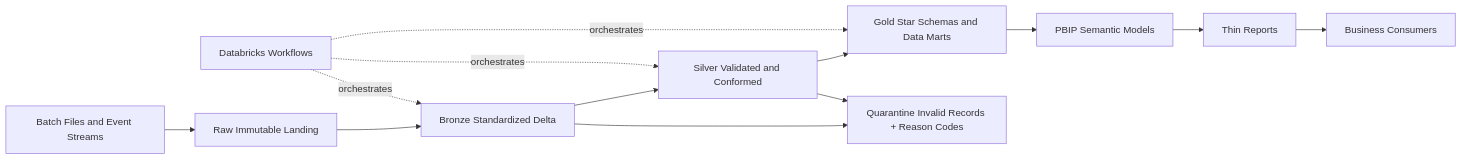
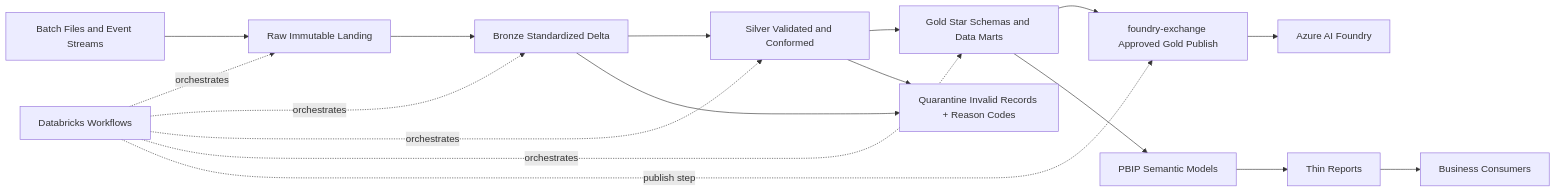
Before and after one commit to espenhk/espenhk-hobby-projects: the second of 4 diagrams in dataplatform-beta/README.md, drawn with Mermaid. The commit also changed other lines of this file and 52 other files, not shown here.

````diff
--- a/dataplatform-beta/README.md
+++ b/dataplatform-beta/README.md
@@ -131,18 +158,23 @@
 ```mermaid
 flowchart LR
   SRC[Batch Files and Event Streams] --> RAW[Raw Immutable Landing]
   RAW --> BRONZE[Bronze Standardized Delta]
   BRONZE --> SILVER[Silver Validated and Conformed]
   SILVER --> GOLD[Gold Star Schemas and Data Marts]
+  GOLD --> FX[foundry-exchange Approved Gold Publish]
 
   BRONZE --> Q[Quarantine Invalid Records + Reason Codes]
   SILVER --> Q
 
-  ORCH[Databricks Workflows] -. orchestrates .-> BRONZE
+  ORCH[Databricks Workflows] -. orchestrates .-> RAW
+  ORCH -. orchestrates .-> BRONZE
   ORCH -. orchestrates .-> SILVER
   ORCH -. orchestrates .-> GOLD
+  ORCH -. publish step .-> FX
+
+  FX --> FDRY[Azure AI Foundry]
 
   GOLD --> SM[PBIP Semantic Models]
   SM --> RPT[Thin Reports]
   RPT --> CON[Business Consumers]
 ```
````
